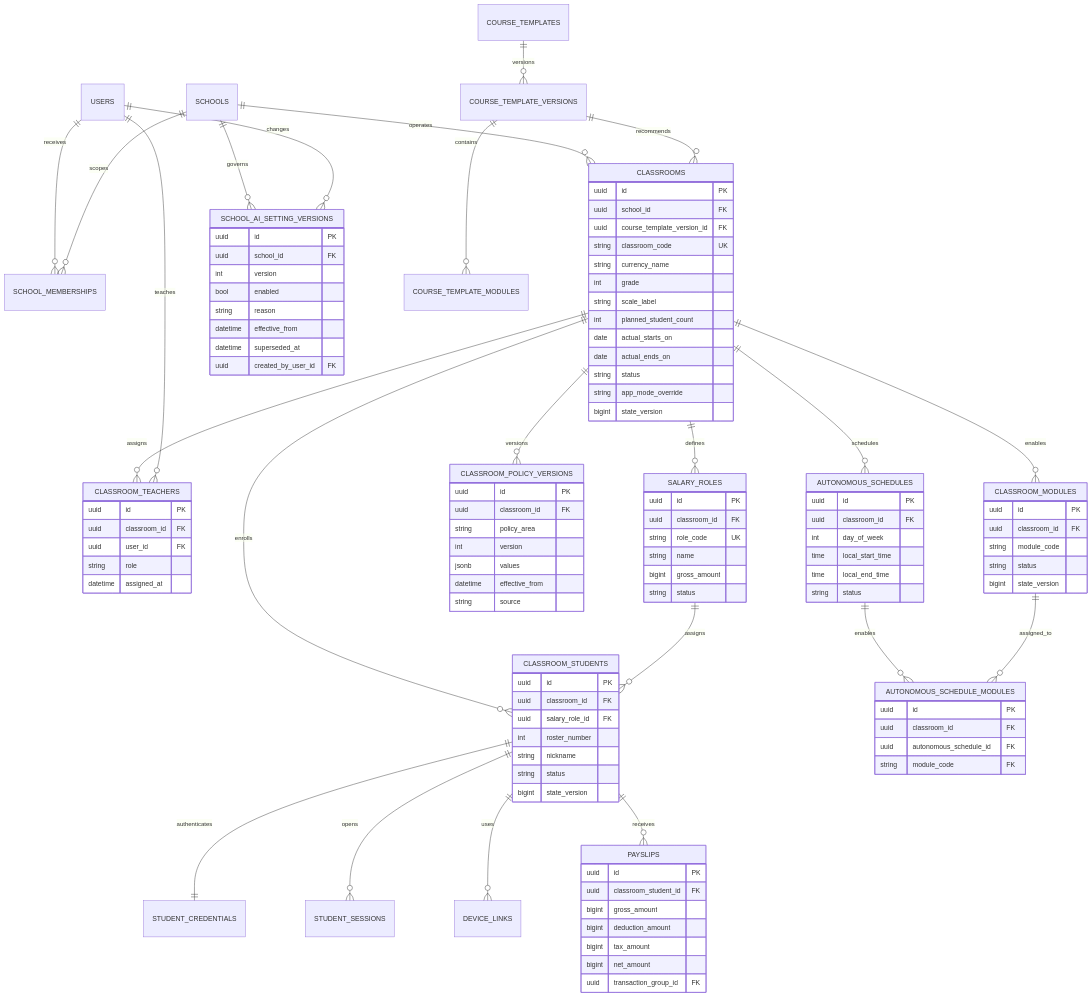
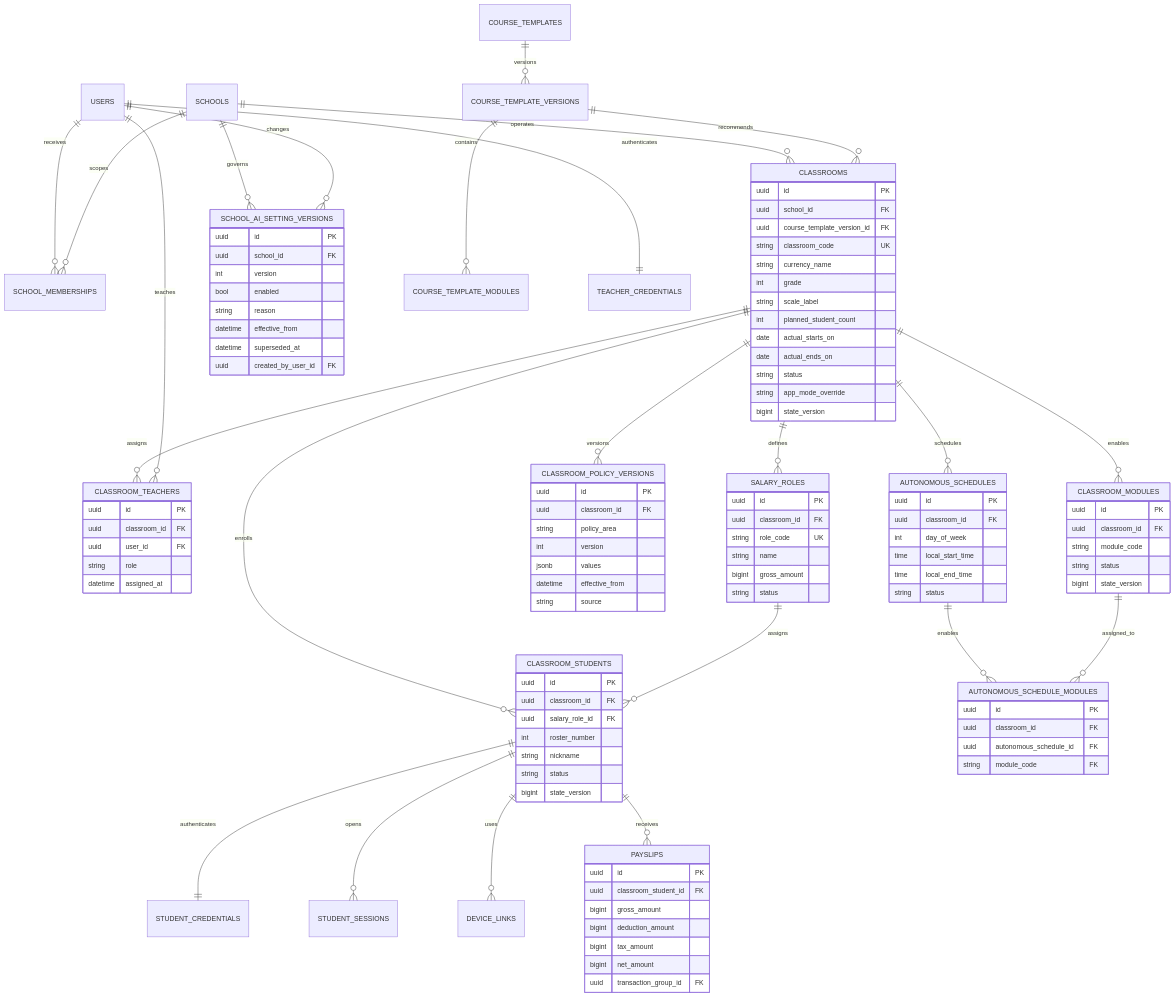
One commit to watermell0n/EcoVillgae changed the first of 7 diagrams in docs/DATA_MODEL.md. Above: the diagram before and after it, drawn with Mermaid. The commit also changed other lines of this file and 12 other files, not shown here.

```diff
--- a/docs/DATA_MODEL.md
+++ b/docs/DATA_MODEL.md
@@ -55,6 +55,7 @@
     COURSE_TEMPLATE_VERSIONS ||--o{ COURSE_TEMPLATE_MODULES : contains
     CLASSROOMS ||--o{ CLASSROOM_TEACHERS : assigns
     USERS ||--o{ CLASSROOM_TEACHERS : teaches
+    USERS ||--|| TEACHER_CREDENTIALS : authenticates
     CLASSROOMS ||--o{ CLASSROOM_STUDENTS : enrolls
     CLASSROOM_STUDENTS ||--|| STUDENT_CREDENTIALS : authenticates
     CLASSROOM_STUDENTS ||--o{ STUDENT_SESSIONS : opens
```
